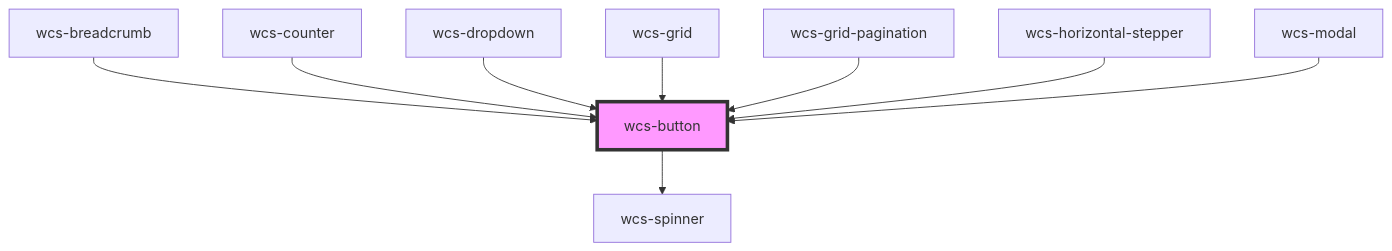
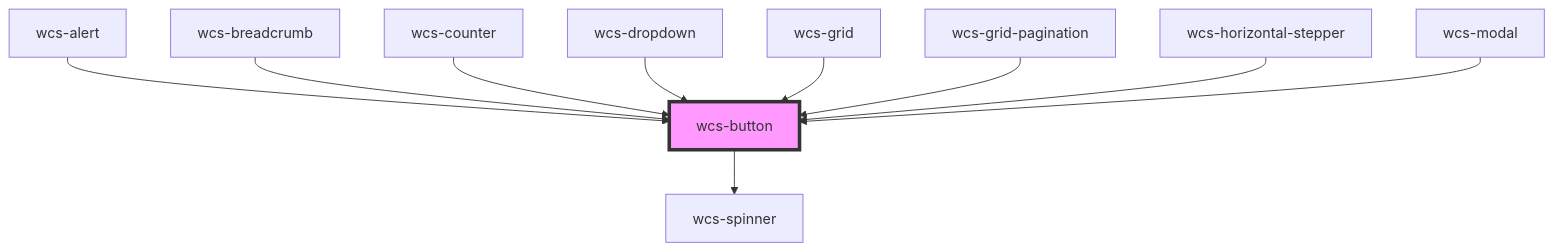
The diagram in src/components/button/readme.md (SNCFdevelopers/wcs), drawn with Mermaid before and after one commit. The commit also changed other lines of this file and 40 other files, not shown here.

````diff
--- a/src/components/button/readme.md
+++ b/src/components/button/readme.md
@@ -73,12 +74,13 @@
 ```mermaid
 graph TD;
   wcs-button --> wcs-spinner
+  wcs-alert --> wcs-button
   wcs-breadcrumb --> wcs-button
   wcs-counter --> wcs-button
   wcs-dropdown --> wcs-button
   wcs-grid --> wcs-button
   wcs-grid-pagination --> wcs-button
   wcs-horizontal-stepper --> wcs-button
   wcs-modal --> wcs-button
   style wcs-button fill:#f9f,stroke:#333,stroke-width:4px
 ```
````
